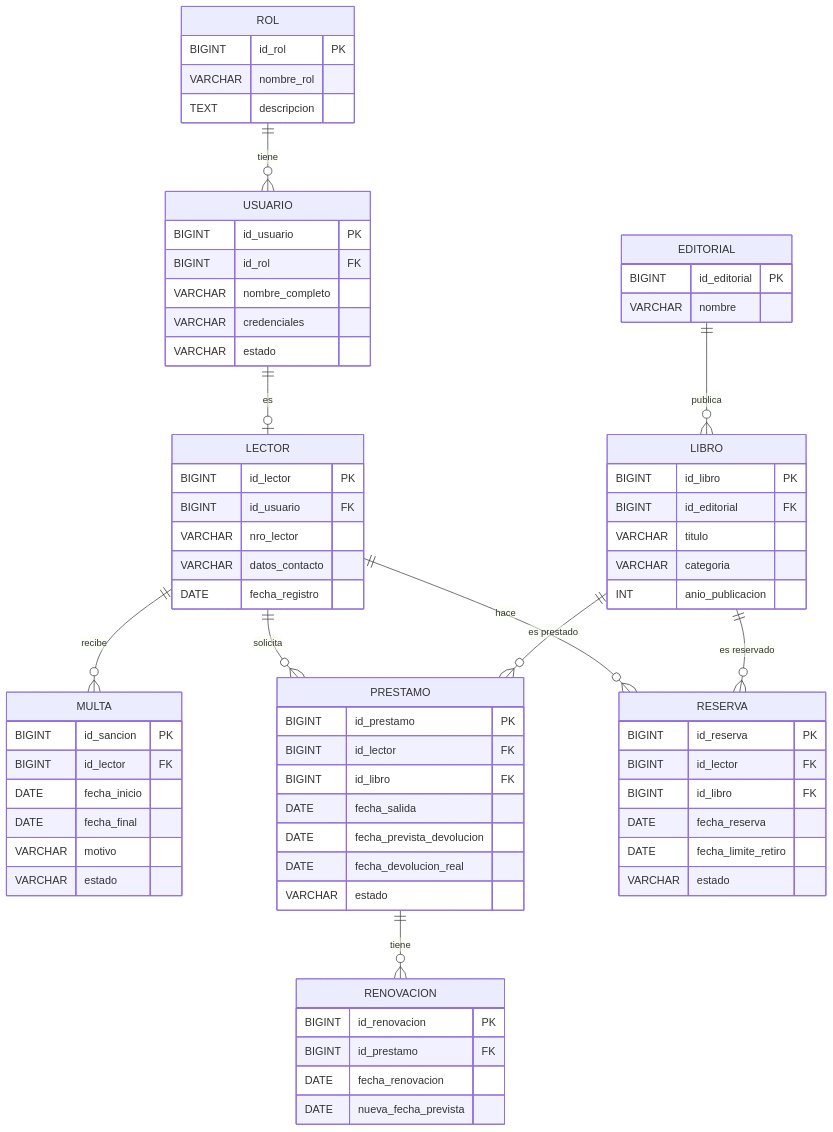
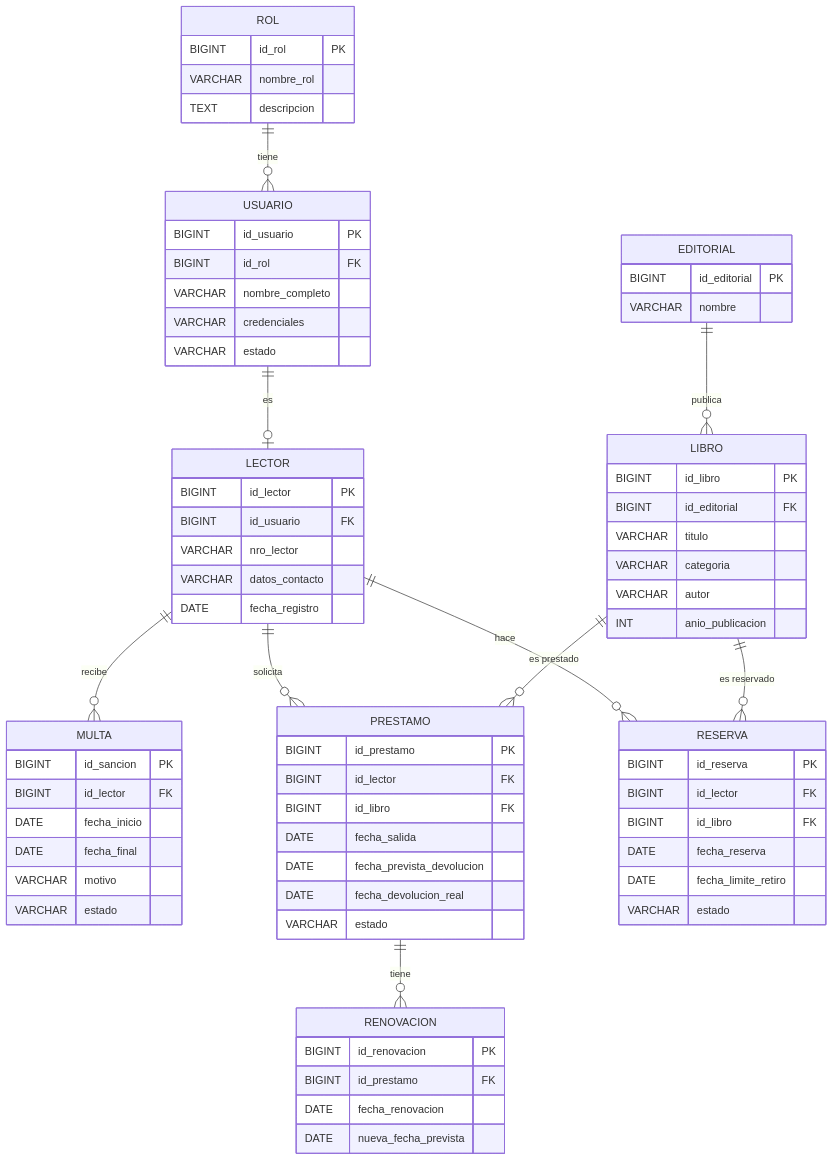
One commit to Javier758-ux/BiblioSmart changed the diagram in README.md. Above: the diagram before and after it, drawn with Mermaid.

Commit message:
README.md

````diff
--- a/README.md
+++ b/README.md
@@ -70,74 +70,75 @@
 ```mermaid
 erDiagram
     ROL ||--o{ USUARIO : "tiene"
     USUARIO ||--o| LECTOR : "es"
     LECTOR ||--o{ MULTA : "recibe"
     LECTOR ||--o{ PRESTAMO : "solicita"
     LECTOR ||--o{ RESERVA : "hace"
     EDITORIAL ||--o{ LIBRO : "publica"
     LIBRO ||--o{ PRESTAMO : "es prestado"
     LIBRO ||--o{ RESERVA : "es reservado"
     PRESTAMO ||--o{ RENOVACION : "tiene"
 
     ROL {
         BIGINT id_rol PK
         VARCHAR nombre_rol
         TEXT descripcion
     }
     USUARIO {
         BIGINT id_usuario PK
         BIGINT id_rol FK
         VARCHAR nombre_completo
         VARCHAR credenciales
         VARCHAR estado
     }
     LECTOR {
         BIGINT id_lector PK
         BIGINT id_usuario FK
         VARCHAR nro_lector
         VARCHAR datos_contacto
         DATE fecha_registro
     }
     MULTA {
         BIGINT id_sancion PK
         BIGINT id_lector FK
         DATE fecha_inicio
         DATE fecha_final
         VARCHAR motivo
         VARCHAR estado
     }
     EDITORIAL {
         BIGINT id_editorial PK
         VARCHAR nombre
     }
     LIBRO {
         BIGINT id_libro PK
         BIGINT id_editorial FK
         VARCHAR titulo
         VARCHAR categoria
+        VARCHAR autor
         INT anio_publicacion
     }
     PRESTAMO {
         BIGINT id_prestamo PK
         BIGINT id_lector FK
         BIGINT id_libro FK
         DATE fecha_salida
         DATE fecha_prevista_devolucion
         DATE fecha_devolucion_real
         VARCHAR estado
     }
     RENOVACION {
         BIGINT id_renovacion PK
         BIGINT id_prestamo FK
         DATE fecha_renovacion
         DATE nueva_fecha_prevista
     }
     RESERVA {
         BIGINT id_reserva PK
         BIGINT id_lector FK
         BIGINT id_libro FK
         DATE fecha_reserva
         DATE fecha_limite_retiro
         VARCHAR estado
     }
 ```
````
